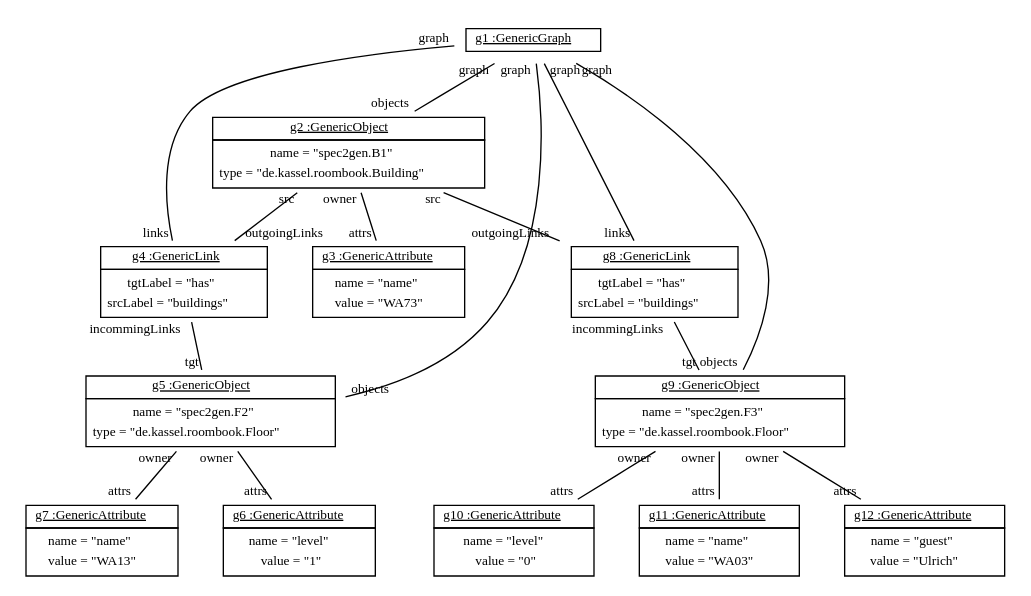
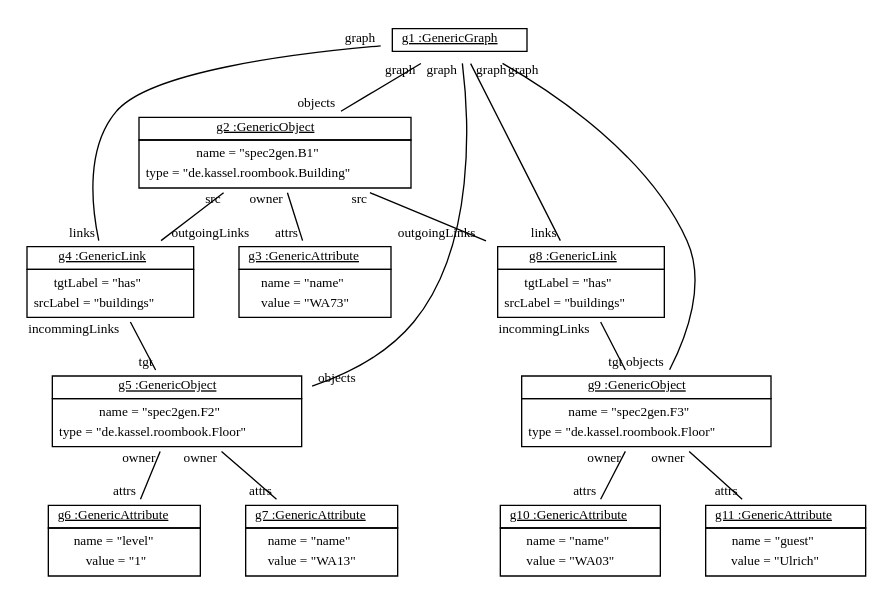
One commit to fujaba/SDMLib changed the diagram in doc/GenericObjectDiagram19.dot. Above: the diagram before and after it, drawn with Graphviz. The commit also changed 257 other files, not shown here.

```diff
--- a/doc/GenericObjectDiagram19.dot
+++ b/doc/GenericObjectDiagram19.dot
@@ -1,33 +1,32 @@
 graph ObjectDiagram {
    node [shape = none, fontsize = 10];
    edge [fontsize = 10];
+   compound=true;
 
 g1 [label=<<table border='0' cellborder='1' cellspacing='0'> <tr> <td> <u>g1 :GenericGraph</u></td></tr></table>>];
 g2 [label=<<table border='0' cellborder='1' cellspacing='0'> <tr> <td> <u>g2 :GenericObject</u></td></tr><tr><td><table border='0' cellborder='0' cellspacing='0'><tr><td>name = "spec2gen.B1"</td></tr><tr><td>type = "de.kassel.roombook.Building"</td></tr></table></td></tr></table>>];
 g3 [label=<<table border='0' cellborder='1' cellspacing='0'> <tr> <td> <u>g3 :GenericAttribute</u></td></tr><tr><td><table border='0' cellborder='0' cellspacing='0'><tr><td>name = "name"</td></tr><tr><td>value = "WA73"</td></tr></table></td></tr></table>>];
 g4 [label=<<table border='0' cellborder='1' cellspacing='0'> <tr> <td> <u>g4 :GenericLink</u></td></tr><tr><td><table border='0' cellborder='0' cellspacing='0'><tr><td>tgtLabel = "has"</td></tr><tr><td>srcLabel = "buildings"</td></tr></table></td></tr></table>>];
 g5 [label=<<table border='0' cellborder='1' cellspacing='0'> <tr> <td> <u>g5 :GenericObject</u></td></tr><tr><td><table border='0' cellborder='0' cellspacing='0'><tr><td>name = "spec2gen.F2"</td></tr><tr><td>type = "de.kassel.roombook.Floor"</td></tr></table></td></tr></table>>];
 g6 [label=<<table border='0' cellborder='1' cellspacing='0'> <tr> <td> <u>g6 :GenericAttribute</u></td></tr><tr><td><table border='0' cellborder='0' cellspacing='0'><tr><td>name = "level"</td></tr><tr><td>value = "1"</td></tr></table></td></tr></table>>];
 g7 [label=<<table border='0' cellborder='1' cellspacing='0'> <tr> <td> <u>g7 :GenericAttribute</u></td></tr><tr><td><table border='0' cellborder='0' cellspacing='0'><tr><td>name = "name"</td></tr><tr><td>value = "WA13"</td></tr></table></td></tr></table>>];
 g8 [label=<<table border='0' cellborder='1' cellspacing='0'> <tr> <td> <u>g8 :GenericLink</u></td></tr><tr><td><table border='0' cellborder='0' cellspacing='0'><tr><td>tgtLabel = "has"</td></tr><tr><td>srcLabel = "buildings"</td></tr></table></td></tr></table>>];
 g9 [label=<<table border='0' cellborder='1' cellspacing='0'> <tr> <td> <u>g9 :GenericObject</u></td></tr><tr><td><table border='0' cellborder='0' cellspacing='0'><tr><td>name = "spec2gen.F3"</td></tr><tr><td>type = "de.kassel.roombook.Floor"</td></tr></table></td></tr></table>>];
-g10 [label=<<table border='0' cellborder='1' cellspacing='0'> <tr> <td> <u>g10 :GenericAttribute</u></td></tr><tr><td><table border='0' cellborder='0' cellspacing='0'><tr><td>name = "level"</td></tr><tr><td>value = "0"</td></tr></table></td></tr></table>>];
-g11 [label=<<table border='0' cellborder='1' cellspacing='0'> <tr> <td> <u>g11 :GenericAttribute</u></td></tr><tr><td><table border='0' cellborder='0' cellspacing='0'><tr><td>name = "name"</td></tr><tr><td>value = "WA03"</td></tr></table></td></tr></table>>];
-g12 [label=<<table border='0' cellborder='1' cellspacing='0'> <tr> <td> <u>g12 :GenericAttribute</u></td></tr><tr><td><table border='0' cellborder='0' cellspacing='0'><tr><td>name = "guest"</td></tr><tr><td>value = "Ulrich"</td></tr></table></td></tr></table>>];
+g10 [label=<<table border='0' cellborder='1' cellspacing='0'> <tr> <td> <u>g10 :GenericAttribute</u></td></tr><tr><td><table border='0' cellborder='0' cellspacing='0'><tr><td>name = "name"</td></tr><tr><td>value = "WA03"</td></tr></table></td></tr></table>>];
+g11 [label=<<table border='0' cellborder='1' cellspacing='0'> <tr> <td> <u>g11 :GenericAttribute</u></td></tr><tr><td><table border='0' cellborder='0' cellspacing='0'><tr><td>name = "guest"</td></tr><tr><td>value = "Ulrich"</td></tr></table></td></tr></table>>];
 
 g1 -- g2 [headlabel = "objects" taillabel = "graph"];
+g1 -- g5 [headlabel = "objects" taillabel = "graph"];
+g1 -- g9 [headlabel = "objects" taillabel = "graph"];
 g1 -- g4 [headlabel = "links" taillabel = "graph"];
-g1 -- g5 [headlabel = "objects" taillabel = "graph"];
 g1 -- g8 [headlabel = "links" taillabel = "graph"];
-g1 -- g9 [headlabel = "objects" taillabel = "graph"];
 g2 -- g3 [headlabel = "attrs" taillabel = "owner"];
 g2 -- g4 [headlabel = "outgoingLinks" taillabel = "src"];
 g2 -- g8 [headlabel = "outgoingLinks" taillabel = "src"];
 g4 -- g5 [headlabel = "tgt" taillabel = "incommingLinks"];
 g5 -- g6 [headlabel = "attrs" taillabel = "owner"];
 g5 -- g7 [headlabel = "attrs" taillabel = "owner"];
 g8 -- g9 [headlabel = "tgt" taillabel = "incommingLinks"];
 g9 -- g10 [headlabel = "attrs" taillabel = "owner"];
 g9 -- g11 [headlabel = "attrs" taillabel = "owner"];
-g9 -- g12 [headlabel = "attrs" taillabel = "owner"];
 }
```
